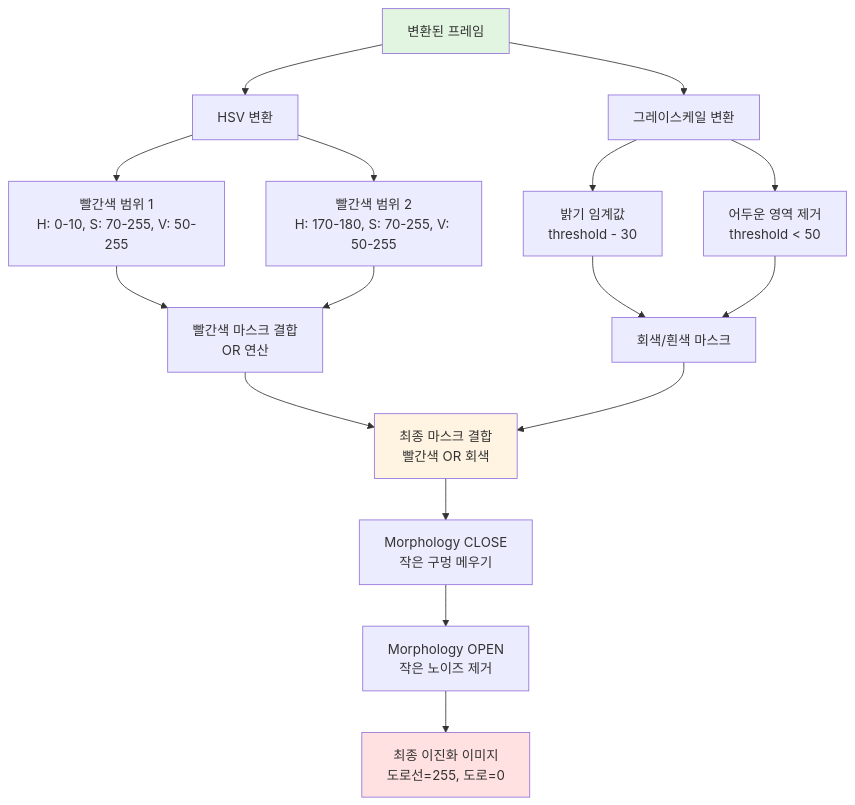
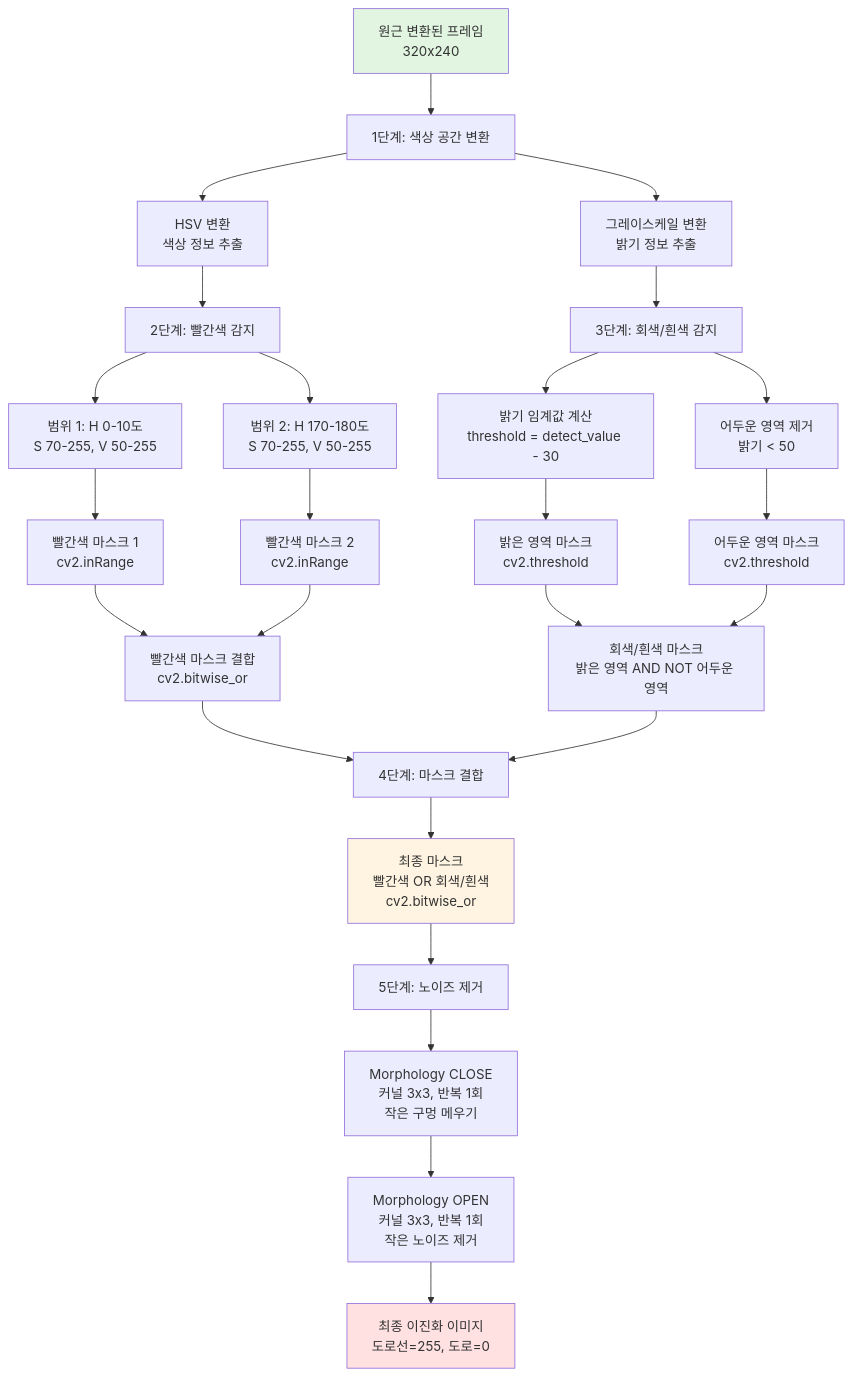
One commit to Collegenie-X/Raspbot-v2-self-driving-car changed diagram 19 of 23 in 03_self_driving/AUTOPLOT_SYSTEM_ANALYSIS.md. Above: the diagram before and after it, drawn with Mermaid. The commit also changed other lines of this file and 16 other files, not shown here.

````diff
--- a/03_self_driving/AUTOPLOT_SYSTEM_ANALYSIS.md
+++ b/03_self_driving/AUTOPLOT_SYSTEM_ANALYSIS.md
@@ -688,29 +981,35 @@
 ```mermaid
 flowchart TD
-    A[변환된 프레임] --> B[HSV 변환]
-    A --> C[그레이스케일 변환]
+    A[원근 변환된 프레임<br/>320x240] --> B[1단계: 색상 공간 변환]
+    B --> B1[HSV 변환<br/>색상 정보 추출]
+    B --> B2[그레이스케일 변환<br/>밝기 정보 추출]
     
-    B --> D1[빨간색 범위 1<br/>H: 0-10, S: 70-255, V: 50-255]
-    B --> D2[빨간색 범위 2<br/>H: 170-180, S: 70-255, V: 50-255]
+    B1 --> C[2단계: 빨간색 감지]
+    C --> C1[범위 1: H 0-10도<br/>S 70-255, V 50-255]
+    C --> C2[범위 2: H 170-180도<br/>S 70-255, V 50-255]
+    C1 --> D[빨간색 마스크 1<br/>cv2.inRange]
+    C2 --> E[빨간색 마스크 2<br/>cv2.inRange]
+    D --> F[빨간색 마스크 결합<br/>cv2.bitwise_or]
+    E --> F
     
-    D1 --> E[빨간색 마스크 결합<br/>OR 연산]
-    D2 --> E
+    B2 --> G[3단계: 회색/흰색 감지]
+    G --> G1[밝기 임계값 계산<br/>threshold = detect_value - 30]
+    G --> G2[어두운 영역 제거<br/>밝기 < 50]
+    G1 --> H[밝은 영역 마스크<br/>cv2.threshold]
+    G2 --> I[어두운 영역 마스크<br/>cv2.threshold]
+    H --> J[회색/흰색 마스크<br/>밝은 영역 AND NOT 어두운 영역]
+    I --> J
     
-    C --> F[밝기 임계값<br/>threshold - 30]
-    C --> G[어두운 영역 제거<br/>threshold < 50]
+    F --> K[4단계: 마스크 결합]
+    J --> K
+    K --> L[최종 마스크<br/>빨간색 OR 회색/흰색<br/>cv2.bitwise_or]
     
-    F --> H[회색/흰색 마스크]
-    G --> H
-    
-    E --> I[최종 마스크 결합<br/>빨간색 OR 회색]
-    H --> I
-    
-    I --> J[Morphology CLOSE<br/>작은 구멍 메우기]
-    J --> K[Morphology OPEN<br/>작은 노이즈 제거]
-    
-    K --> L[최종 이진화 이미지<br/>도로선=255, 도로=0]
+    L --> M[5단계: 노이즈 제거]
+    M --> M1[Morphology CLOSE<br/>커널 3x3, 반복 1회<br/>작은 구멍 메우기]
+    M1 --> M2[Morphology OPEN<br/>커널 3x3, 반복 1회<br/>작은 노이즈 제거]
+    M2 --> N[최종 이진화 이미지<br/>도로선=255, 도로=0]
     
     style A fill:#e1f5e1
-    style L fill:#ffe1e1
-    style I fill:#fff4e1
+    style N fill:#ffe1e1
+    style L fill:#fff4e1
 ```
````
